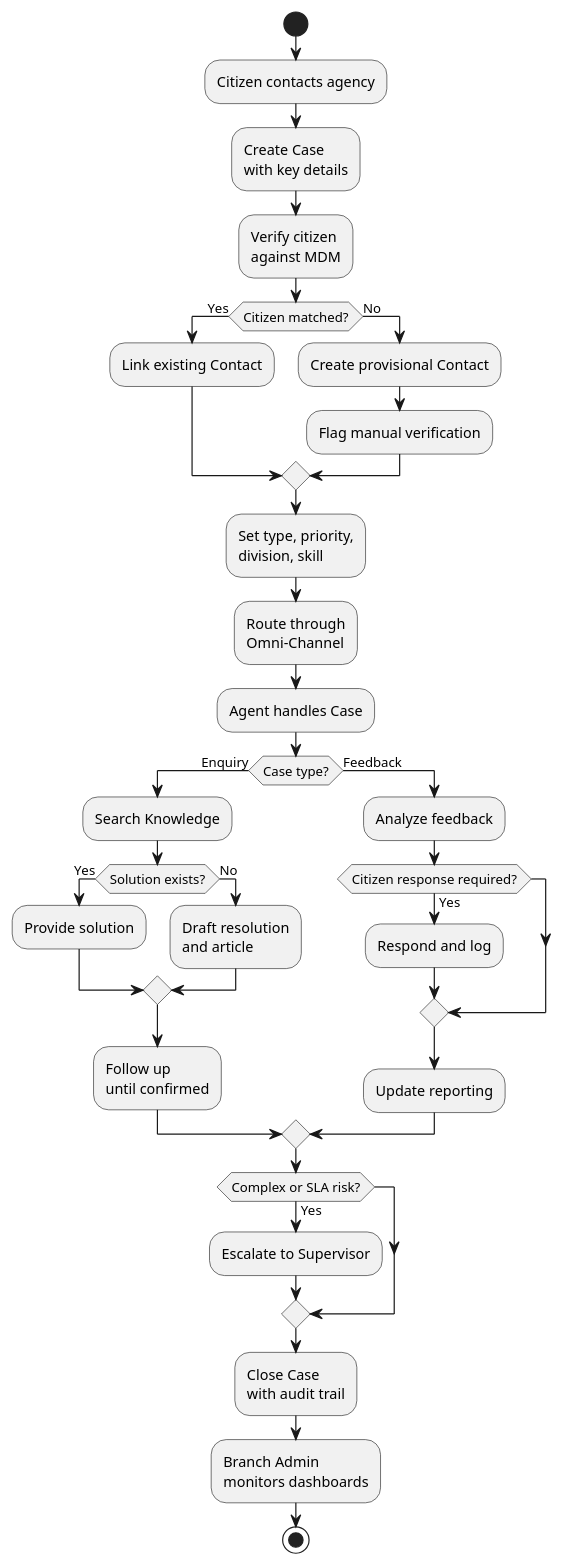
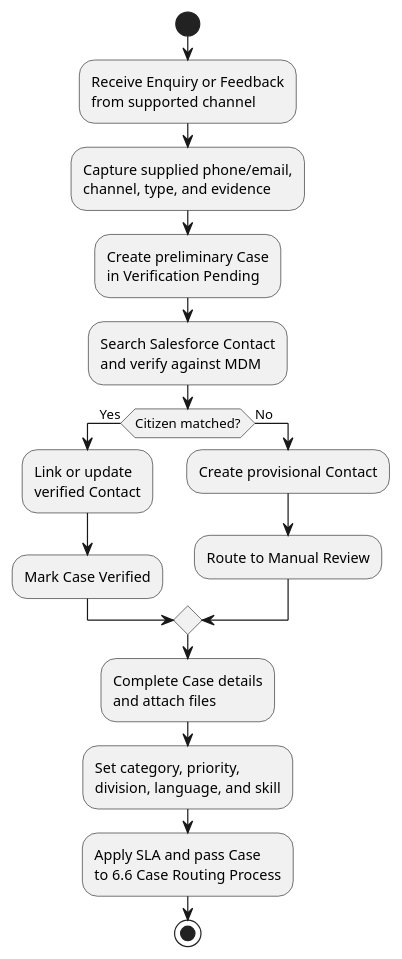
One commit to jimmytobing/virtusa changed the eighth of 26 diagrams in doc/SADD Task 2.md. Above: the diagram before and after it, drawn with PlantUML. The commit also changed other lines of this file and 27 other files, not shown here.

````diff
--- a/doc/SADD Task 2.md
+++ b/doc/SADD Task 2.md
@@ -430,45 +525,24 @@
 ```plantuml
 @startuml
 start
 
-:Citizen contacts agency;
-:Create Case\nwith key details;
-:Verify citizen\nagainst MDM;
+:Receive Enquiry or Feedback\nfrom supported channel;
+:Capture supplied phone/email,\nchannel, type, and evidence;
+:Create preliminary Case\nin Verification Pending;
+:Search Salesforce Contact\nand verify against MDM;
 
 if (Citizen matched?) then (Yes)
-  :Link existing Contact;
+  :Link or update\nverified Contact;
+  :Mark Case Verified;
 else (No)
   :Create provisional Contact;
-  :Flag manual verification;
+  :Route to Manual Review;
 endif
 
-:Set type, priority,\ndivision, skill;
-:Route through\nOmni-Channel;
-:Agent handles Case;
-
-if (Case type?) then (Enquiry)
-  :Search Knowledge;
-  if (Solution exists?) then (Yes)
-    :Provide solution;
-  else (No)
-    :Draft resolution\nand article;
-  endif
-  :Follow up\nuntil confirmed;
-else (Feedback)
-  :Analyze feedback;
-  if (Citizen response required?) then (Yes)
-    :Respond and log;
-  endif
-  :Update reporting;
-endif
-
-if (Complex or SLA risk?) then (Yes)
-  :Escalate to Supervisor;
-endif
-
-:Close Case\nwith audit trail;
-:Branch Admin\nmonitors dashboards;
+:Complete Case details\nand attach files;
+:Set category, priority,\ndivision, language, and skill;
+:Apply SLA and pass Case\nto 6.6 Case Routing Process;
 
 stop
 @enduml
 ```
````
